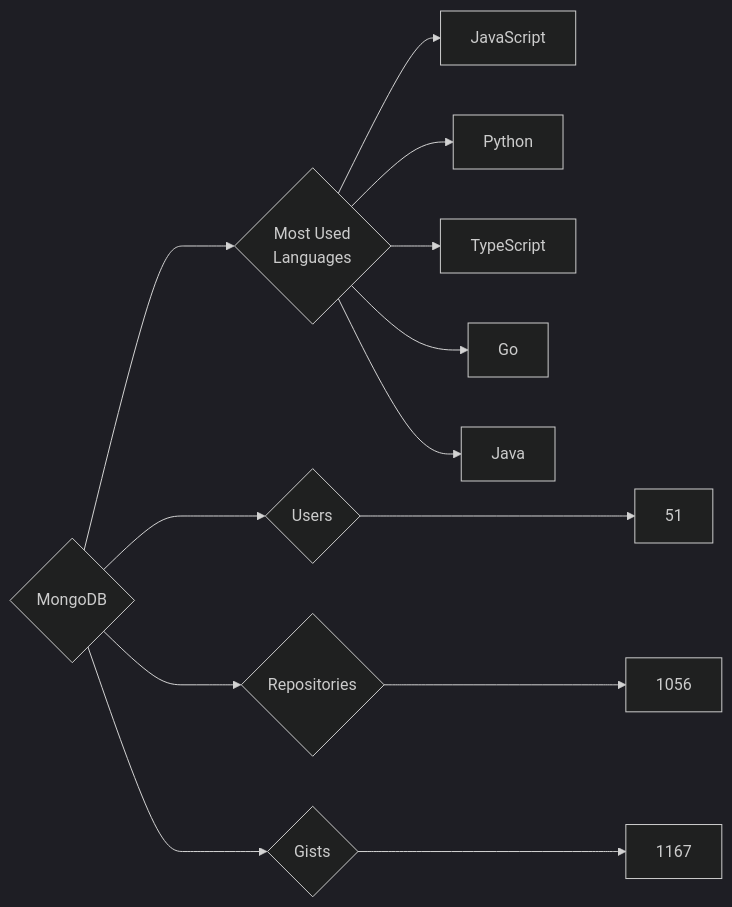
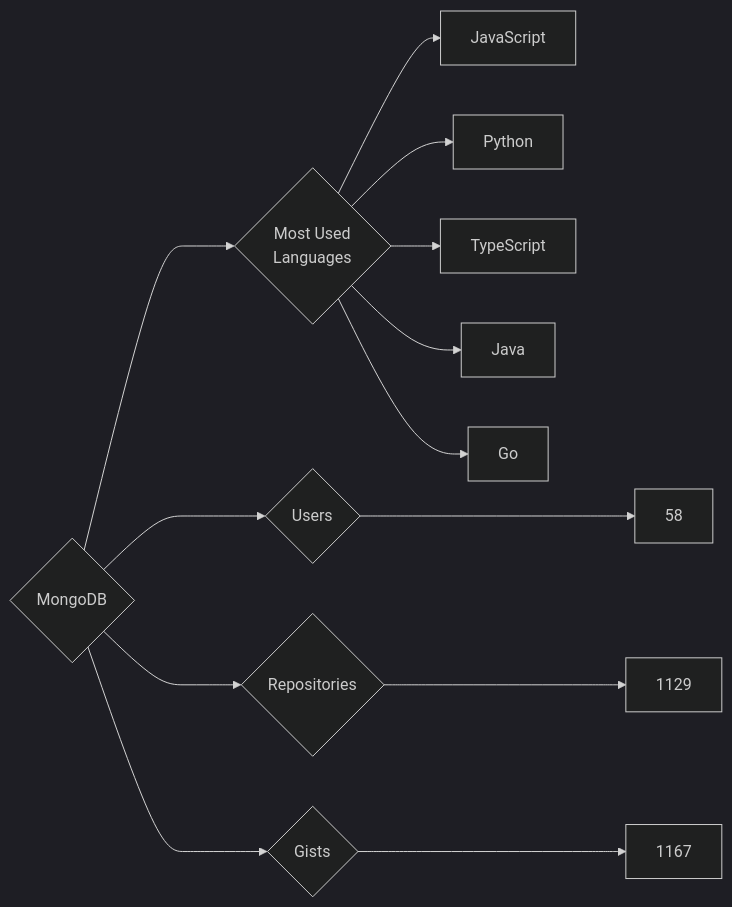
Before and after one commit to trickest/insiders: the diagram in targets/MongoDB/README.md, drawn with Mermaid (dark theme). The commit also changed 725 other files, not shown here.

````diff
--- a/targets/MongoDB/README.md
+++ b/targets/MongoDB/README.md
@@ -3,13 +3,13 @@
 ```mermaid
 graph LR
 COMPANY_NAME{MongoDB}
-COMPANY_NAME ---> U{Users} ---> UN[51]
-COMPANY_NAME ---> R{Repositories} ---> RN[1056]
+COMPANY_NAME ---> U{Users} ---> UN[58]
+COMPANY_NAME ---> R{Repositories} ---> RN[1129]
 COMPANY_NAME ---> G{Gists} ---> GN[1167]
 COMPANY_NAME ---> ML{Most Used<br>Languages}
 ML --> JavaScript[JavaScript]
 ML --> Python[Python]
 ML --> TypeScript[TypeScript]
+ML --> Java[Java]
 ML --> Go[Go]
-ML --> Java[Java]
 ```
````
